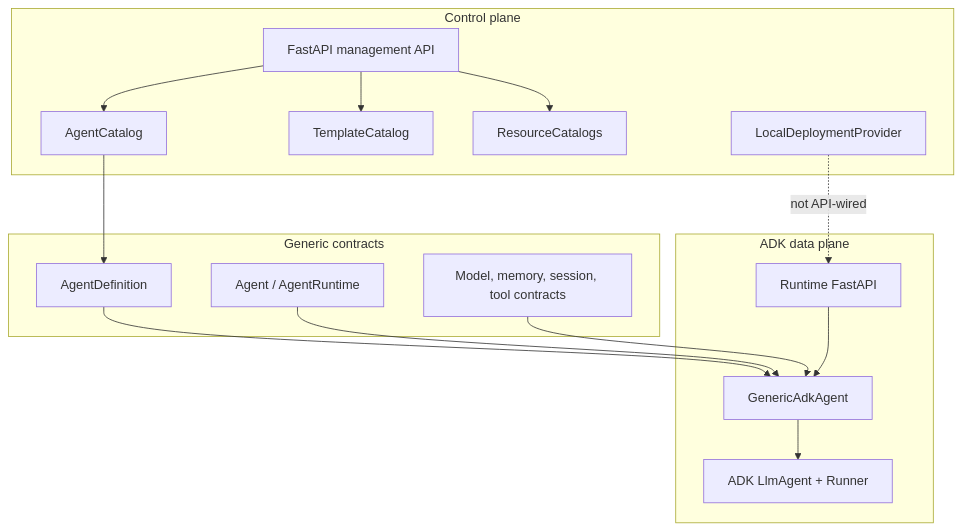
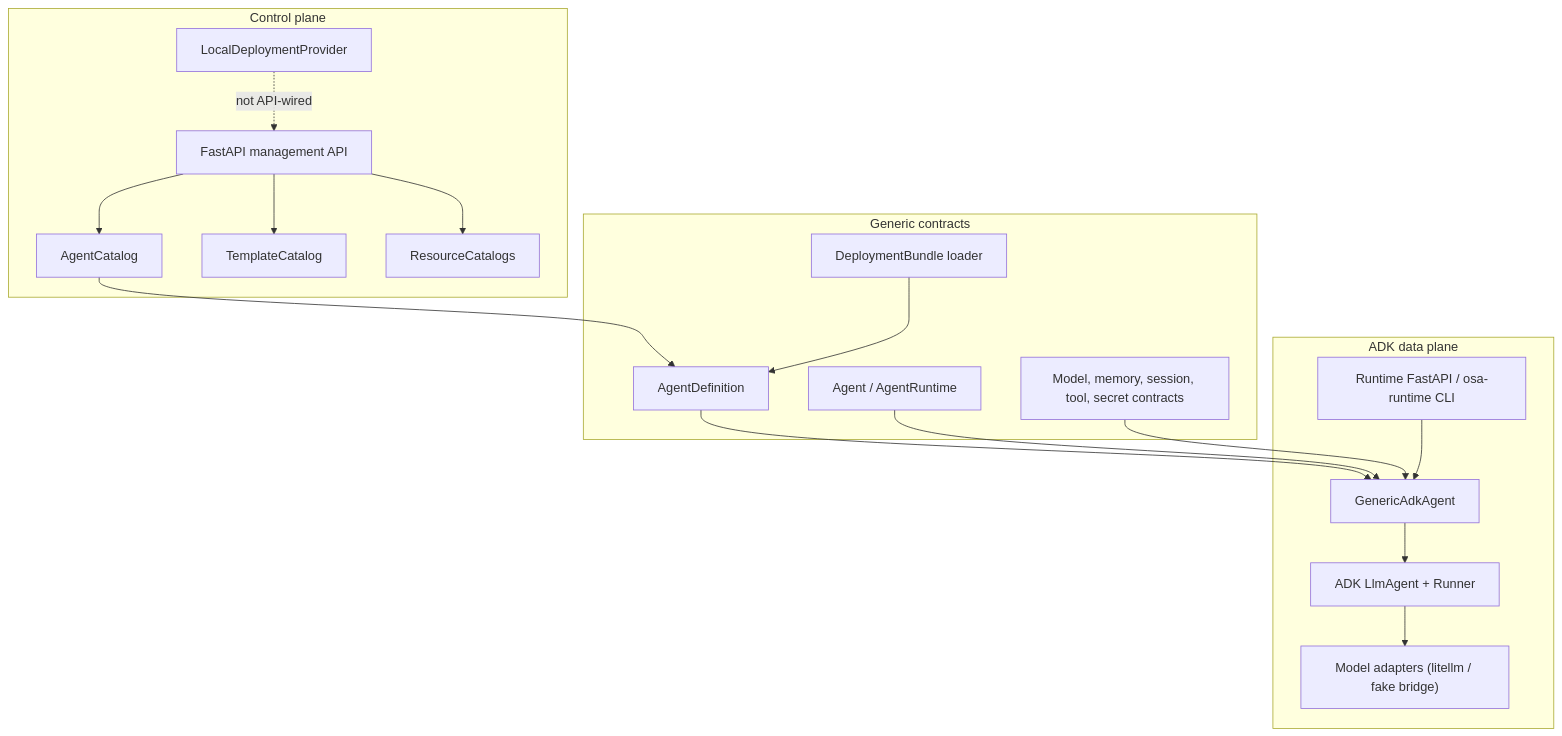
One commit to bassemZohdy/open-simple-agent changed the first of 2 diagrams in docs/ARCHITECTURE.md. Above: the diagram before and after it, drawn with Mermaid. The commit also changed other lines of this file and 47 other files, not shown here.

````diff
--- a/docs/ARCHITECTURE.md
+++ b/docs/ARCHITECTURE.md
@@ -21,33 +21,37 @@
 ```mermaid
 flowchart TB
     subgraph CP["Control plane"]
         CPAPI["FastAPI management API"]
         AC["AgentCatalog"]
         TC["TemplateCatalog"]
         RC["ResourceCatalogs"]
         DP["LocalDeploymentProvider"]
     end
 
     subgraph DOMAIN["Generic contracts"]
         DEF["AgentDefinition"]
+        BUNDLE["DeploymentBundle loader"]
         CONTRACT["Agent / AgentRuntime"]
-        PROVIDERS["Model, memory, session, tool contracts"]
+        PROVIDERS["Model, memory, session, tool, secret contracts"]
     end
 
     subgraph DATA["ADK data plane"]
-        RAPI["Runtime FastAPI"]
+        RAPI["Runtime FastAPI / osa-runtime CLI"]
         GA["GenericAdkAgent"]
         ADK["ADK LlmAgent + Runner"]
+        MAD["Model adapters (litellm / fake bridge)"]
     end
 
     CPAPI --> AC
     CPAPI --> TC
     CPAPI --> RC
     AC --> DEF
+    BUNDLE --> DEF
     DEF --> GA
     CONTRACT --> GA
     PROVIDERS --> GA
     RAPI --> GA
     GA --> ADK
-    DP -. "not API-wired" .-> RAPI
+    ADK --> MAD
+    DP -. "not API-wired" .-> CPAPI
 ```
````
